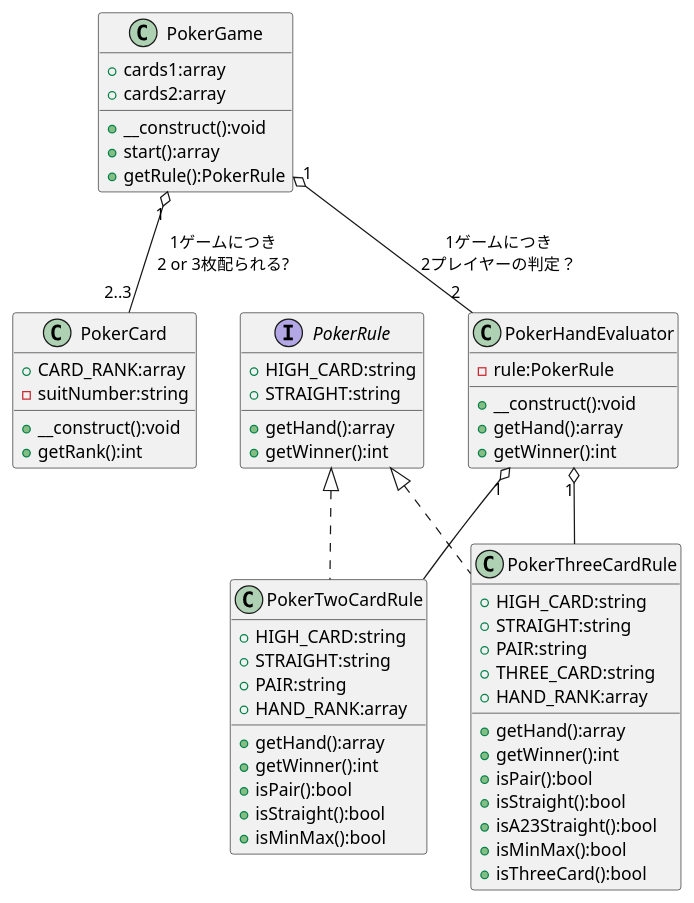
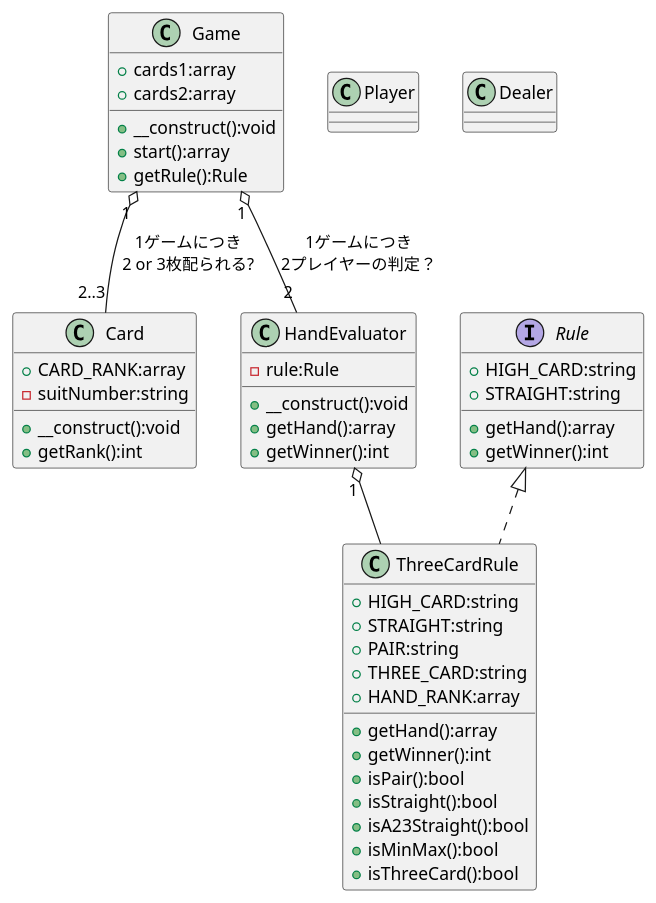
Before and after one commit to tneofull/BlackJack: the diagram in class.pu, drawn with PlantUML. The commit also changed 3 other files, not shown here.

Commit message:
クラス図やユースケース図の編集中

```diff
--- a/class.pu
+++ b/class.pu
@@ -1,66 +1,62 @@
 @startuml
 
-class PokerCard {
+
+class Game {
+  +cards1:array
+  +cards2:array
+  +__construct():void
+  +start():array
+  +getRule():Rule
+
+}
+
+class Player {
+
+}
+
+class Dealer {
+
+}
+
+class Card {
   +CARD_RANK:array
   -suitNumber:string
   +__construct():void
   +getRank():int
 }
-
-class PokerGame {
-  +cards1:array
-  +cards2:array
-  +__construct():void
-  +start():array
-  +getRule():PokerRule
-
-}
-
-class PokerHandEvaluator {
-  -rule:PokerRule
+class HandEvaluator {
+  -rule:Rule
   +__construct():void
   +getHand():array
   +getWinner():int
 }
 
-interface PokerRule {
+interface Rule {
   +HIGH_CARD:string
   +STRAIGHT:string
   +getHand():array
   +getWinner():int
 }
 
-class PokerTwoCardRule implements PokerRule {
-  +HIGH_CARD:string
-  +STRAIGHT:string
-  +PAIR:string
-  +HAND_RANK:array
-  +getHand():array
-  +getWinner():int
-  +isPair():bool
-  +isStraight():bool
-  +isMinMax():bool
-}
 
-class PokerThreeCardRule implements PokerRule {
+class ThreeCardRule implements Rule {
   +HIGH_CARD:string
   +STRAIGHT:string
   +PAIR:string
   +THREE_CARD:string
   +HAND_RANK:array
   +getHand():array
   +getWinner():int
   +isPair():bool
   +isStraight():bool
   +isA23Straight():bool
   +isMinMax():bool
   +isThreeCard():bool
 }
 
-PokerGame "1" o-- "2..3" PokerCard:1ゲームにつき\n2 or 3枚配られる?
-PokerGame "1" o-- "2" PokerHandEvaluator:1ゲームにつき\n2プレイヤーの判定？
-PokerHandEvaluator "1" o-- PokerTwoCardRule
-PokerHandEvaluator "1" o-- PokerThreeCardRule
+Game "1" o-- "2..3" Card:1ゲームにつき\n2 or 3枚配られる?
+Game "1" o-- "2" HandEvaluator:1ゲームにつき\n2プレイヤーの判定？
+HandEvaluator "1" o-- ThreeCardRule
 
 
 @enduml
```
